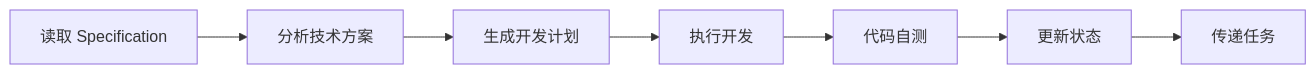
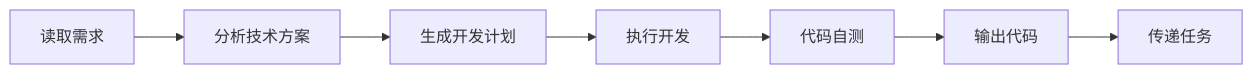
The diagram in skills/dev-engineer/SKILL.md (Tooooommy/Trae-Workflow), drawn with Mermaid before and after one commit. The commit also changed other lines of this file and 8 other files, not shown here.

````diff
--- a/skills/dev-engineer/SKILL.md
+++ b/skills/dev-engineer/SKILL.md
@@ -43,9 +39,9 @@
 ```mermaid
 flowchart LR
-    A[读取 Specification] --> B[分析技术方案]
+    A[读取需求] --> B[分析技术方案]
     B --> C[生成开发计划]
     C --> D[执行开发]
     D --> E[代码自测]
-    E --> F[更新状态]
+    E --> F[输出代码]
     F --> G[传递任务]
 ```
````
